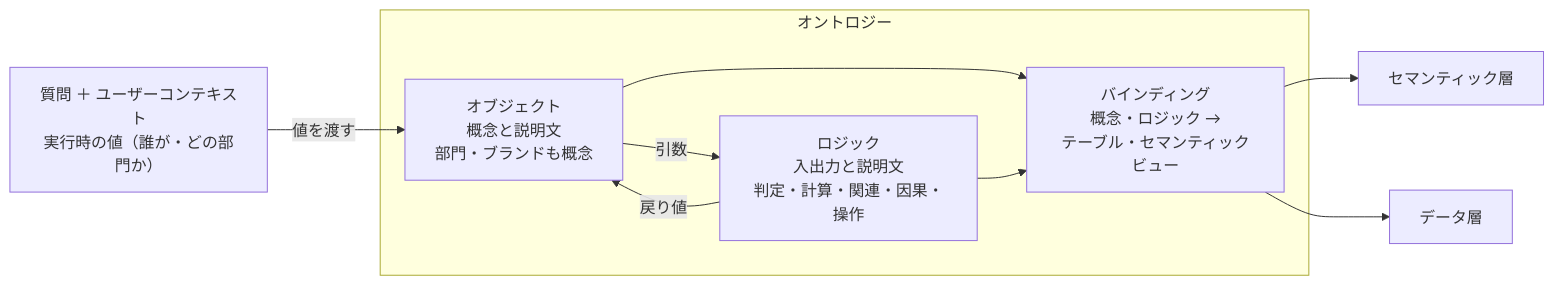
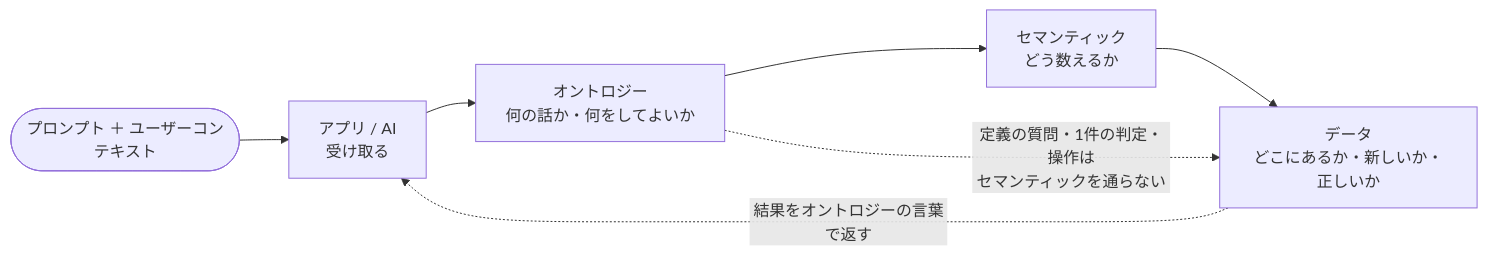
The first of 2 diagrams in framework/ja/06_ontology-design.md (keito118/ai-ready-requirements), drawn with Mermaid before and after one commit. The commit also changed other lines of this file and 16 other files, not shown here.

````diff
--- a/framework/ja/06_ontology-design.md
+++ b/framework/ja/06_ontology-design.md
@@ -7,15 +9,9 @@
 ```mermaid
 flowchart LR
-  IN["質問 ＋ ユーザーコンテキスト<br/>実行時の値（誰が・どの部門か）"] -- 値を渡す --> OBJ
-  subgraph ONT[オントロジー]
-    OBJ["オブジェクト<br/>概念と説明文<br/>部門・ブランドも概念"]
-    LOG["ロジック<br/>入出力と説明文<br/>判定・計算・関連・因果・操作"]
-    BIND["バインディング<br/>概念・ロジック →<br/>テーブル・セマンティックビュー"]
-    OBJ -- 引数 --> LOG
-    LOG -- 戻り値 --> OBJ
-    OBJ --> BIND
-    LOG --> BIND
-  end
-  BIND --> SEM[セマンティック層]
-  BIND --> DAT[データ層]
+  Q([プロンプト ＋ ユーザーコンテキスト]) --> APP[アプリ / AI<br/>受け取る]
+  APP --> O[オントロジー<br/>何の話か・何をしてよいか]
+  O --> S[セマンティック<br/>どう数えるか]
+  S --> D[データ<br/>どこにあるか・新しいか・正しいか]
+  O -. 定義の質問・1件の判定・操作は<br/>セマンティックを通らない .-> D
+  D -. 結果をオントロジーの言葉で返す .-> APP
 ```
````
